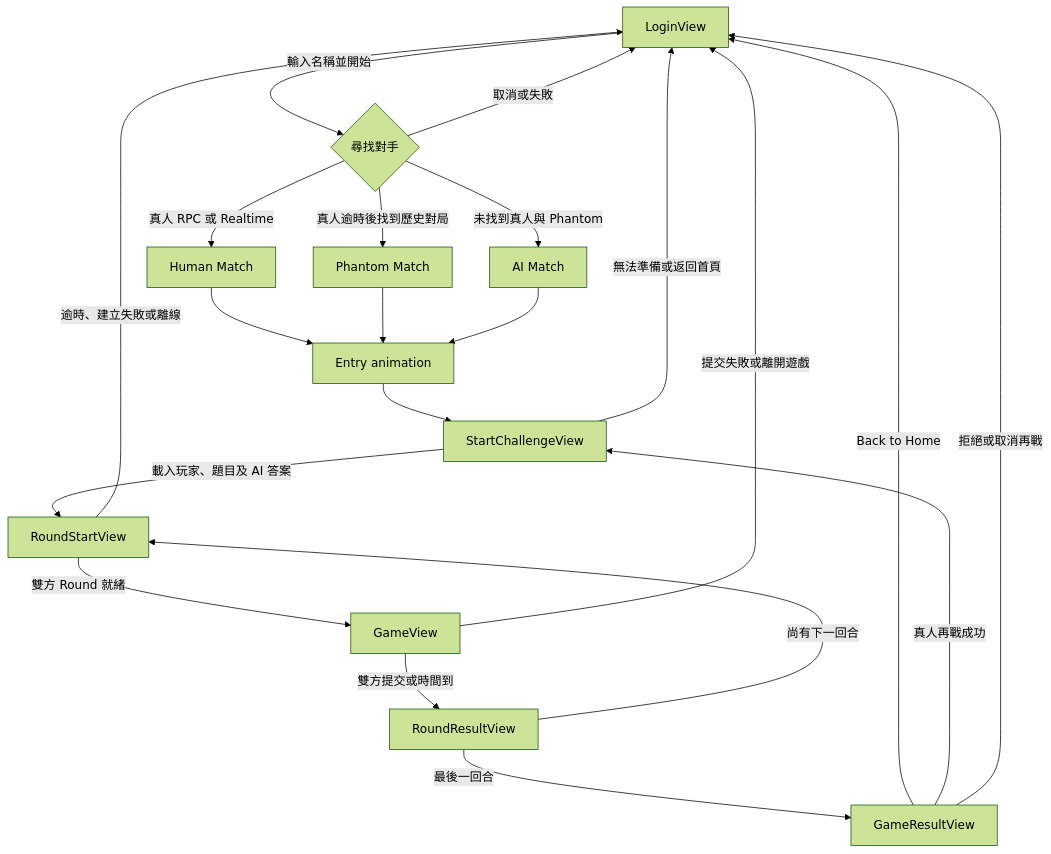
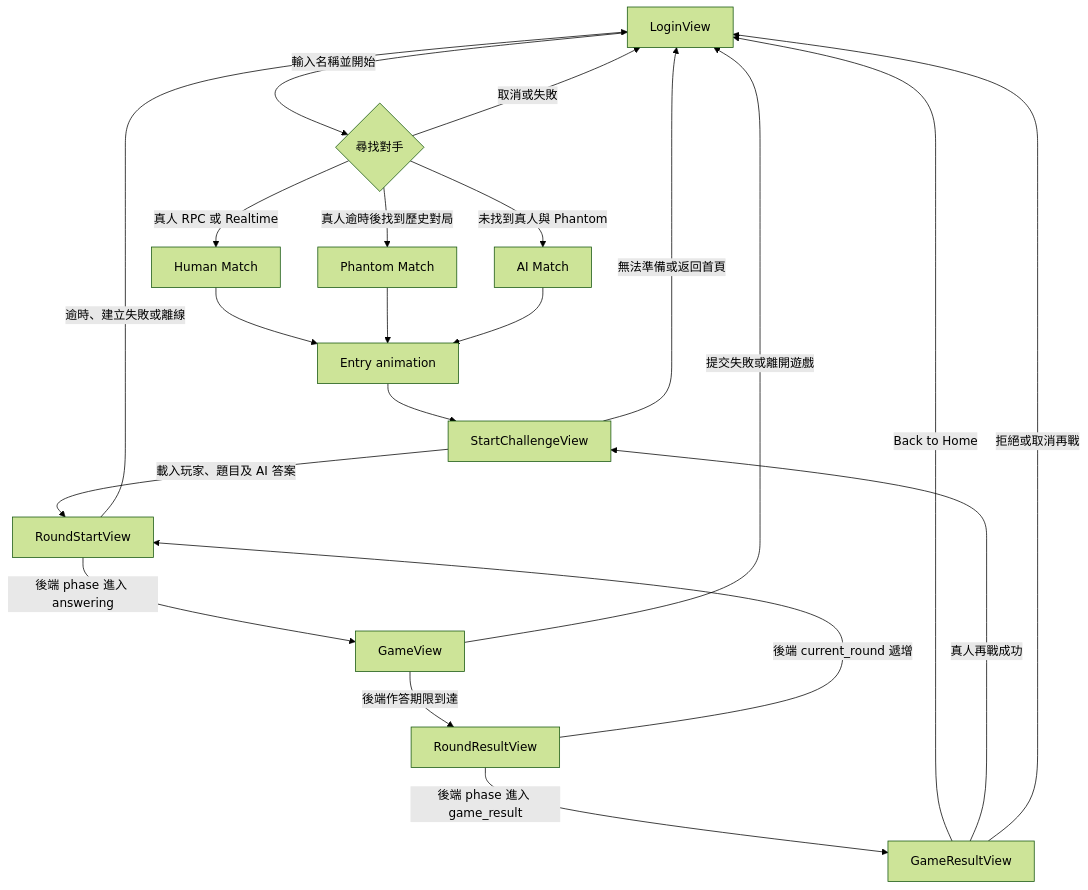
Before and after one commit to HsiaoChuanWang/lightning: the first of 10 diagrams in GAME_FLOW.md, drawn with Mermaid (forest theme). The commit also changed other lines of this file and 22 other files, not shown here.

Commit message:
feat: synchronize backend game flow and refine round and rematch transitions

````diff
--- a/GAME_FLOW.md
+++ b/GAME_FLOW.md
@@ -22,29 +23,29 @@
 ```mermaid
 flowchart TD
     Login[LoginView] -->|輸入名稱並開始| Matching{尋找對手}
     Matching -->|真人 RPC 或 Realtime| Human[Human Match]
     Matching -->|真人逾時後找到歷史對局| Phantom[Phantom Match]
     Matching -->|未找到真人與 Phantom| AI[AI Match]
     Matching -->|取消或失敗| Login
 
     Human --> Entry[Entry animation]
     Phantom --> Entry
     AI --> Entry
     Entry --> Challenge[StartChallengeView]
 
     Challenge -->|載入玩家、題目及 AI 答案| RoundStart[RoundStartView]
     Challenge -->|無法準備或返回首頁| Login
 
-    RoundStart -->|雙方 Round 就緒| Game[GameView]
+    RoundStart -->|後端 phase 進入 answering| Game[GameView]
     RoundStart -->|逾時、建立失敗或離線| Login
 
-    Game -->|雙方提交或時間到| RoundResult[RoundResultView]
+    Game -->|後端作答期限到達| RoundResult[RoundResultView]
     Game -->|提交失敗或離開遊戲| Login
 
-    RoundResult -->|尚有下一回合| RoundStart
-    RoundResult -->|最後一回合| GameResult[GameResultView]
+    RoundResult -->|後端 current_round 遞增| RoundStart
+    RoundResult -->|後端 phase 進入 game_result| GameResult[GameResultView]
 
     GameResult -->|Back to Home| Login
     GameResult -->|真人再戰成功| Challenge
     GameResult -->|拒絕或取消再戰| Login
 ```
````
